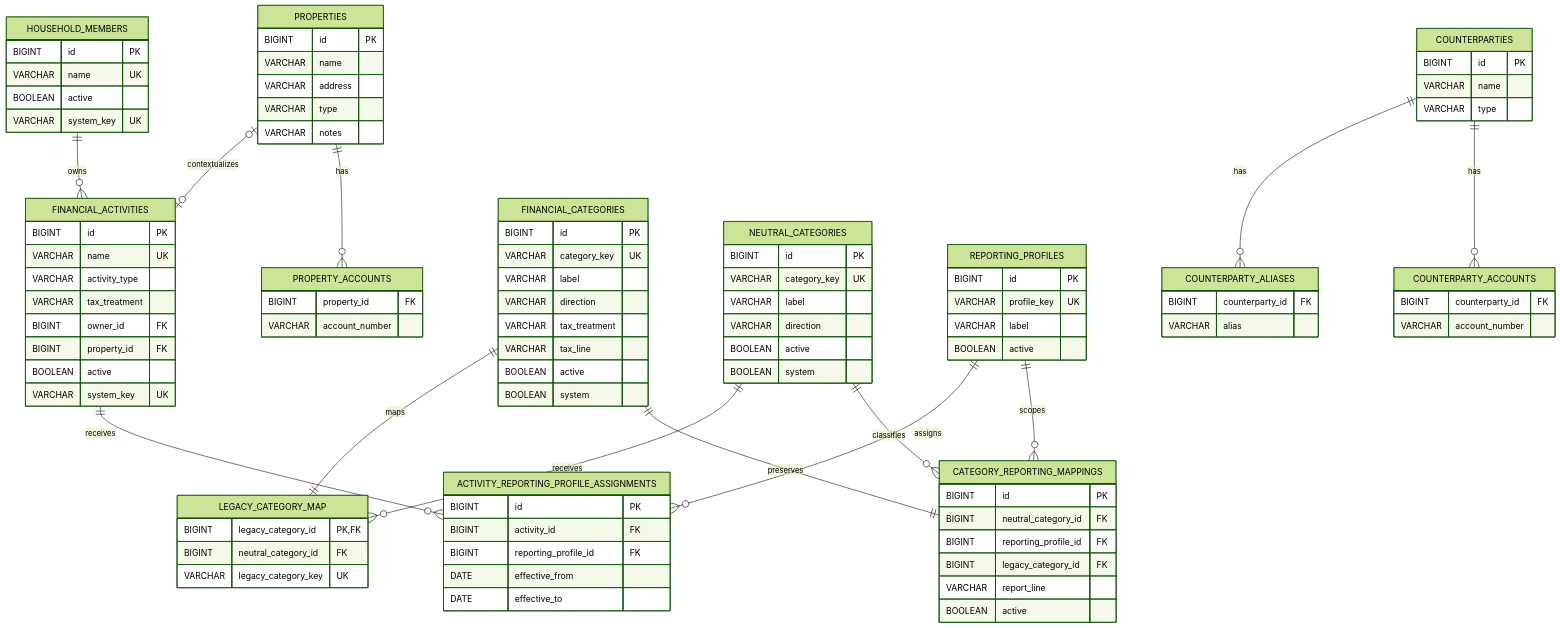
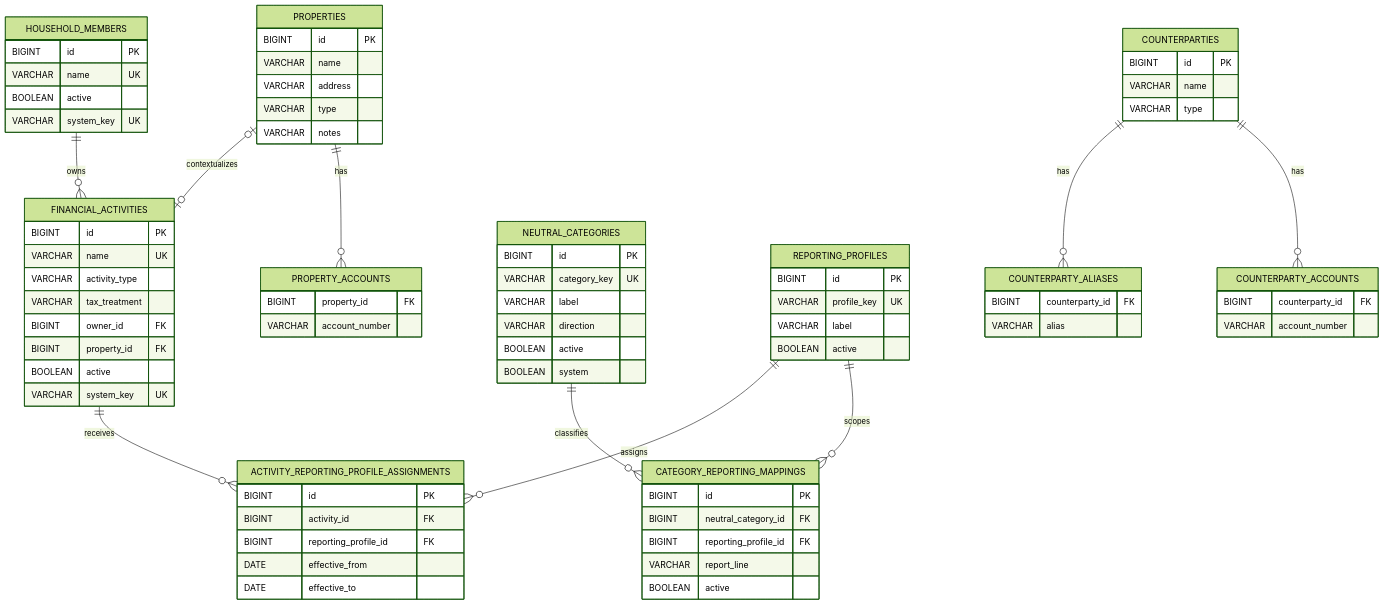
Before and after one commit to jinloes/bookie: the first of 4 diagrams in diagrams/erd.md, drawn with Mermaid (forest theme). The commit also changed other lines of this file and 473 other files, not shown here.

First line of the commit message:
Simplify architecture, upgrade to Spring Boot 4.1, and refine UX and SSE

````diff
--- a/diagrams/erd.md
+++ b/diagrams/erd.md
@@ -45,17 +46,6 @@
     VARCHAR system_key UK
   }
 
-  FINANCIAL_CATEGORIES {
-    BIGINT id PK
-    VARCHAR category_key UK
-    VARCHAR label
-    VARCHAR direction
-    VARCHAR tax_treatment
-    VARCHAR tax_line
-    BOOLEAN active
-    BOOLEAN system
-  }
-
   NEUTRAL_CATEGORIES {
     BIGINT id PK
     VARCHAR category_key UK
@@ -63,12 +53,6 @@
     VARCHAR direction
     BOOLEAN active
     BOOLEAN system
-  }
-
-  LEGACY_CATEGORY_MAP {
-    BIGINT legacy_category_id PK,FK
-    BIGINT neutral_category_id FK
-    VARCHAR legacy_category_key UK
   }
 
   REPORTING_PROFILES {
@@ -90,7 +74,6 @@
     BIGINT id PK
     BIGINT neutral_category_id FK
     BIGINT reporting_profile_id FK
-    BIGINT legacy_category_id FK
     VARCHAR report_line
     BOOLEAN active
   }
@@ -116,11 +99,8 @@
   PROPERTIES ||--o{ PROPERTY_ACCOUNTS : has
   FINANCIAL_ACTIVITIES ||--o{ ACTIVITY_REPORTING_PROFILE_ASSIGNMENTS : receives
   REPORTING_PROFILES ||--o{ ACTIVITY_REPORTING_PROFILE_ASSIGNMENTS : assigns
-  FINANCIAL_CATEGORIES ||--|| LEGACY_CATEGORY_MAP : maps
-  NEUTRAL_CATEGORIES ||--o{ LEGACY_CATEGORY_MAP : receives
   NEUTRAL_CATEGORIES ||--o{ CATEGORY_REPORTING_MAPPINGS : classifies
   REPORTING_PROFILES ||--o{ CATEGORY_REPORTING_MAPPINGS : scopes
-  FINANCIAL_CATEGORIES ||--|| CATEGORY_REPORTING_MAPPINGS : preserves
   COUNTERPARTIES ||--o{ COUNTERPARTY_ALIASES : has
   COUNTERPARTIES ||--o{ COUNTERPARTY_ACCOUNTS : has
 ```
````
